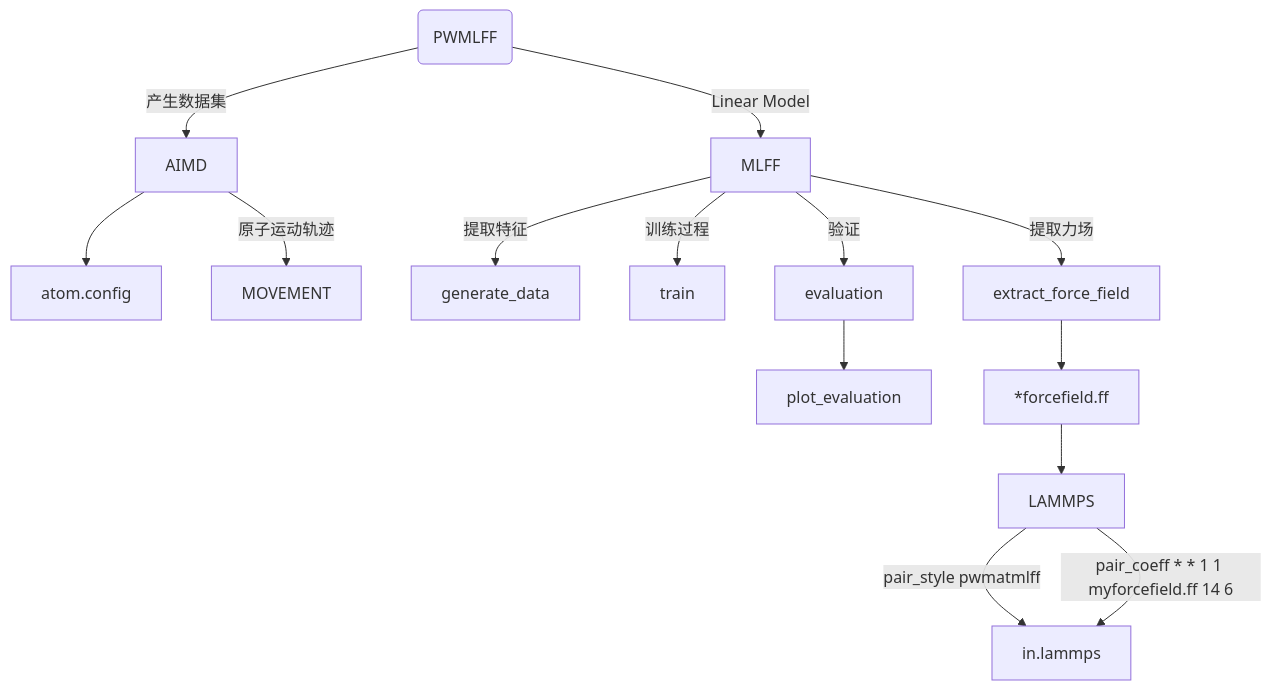
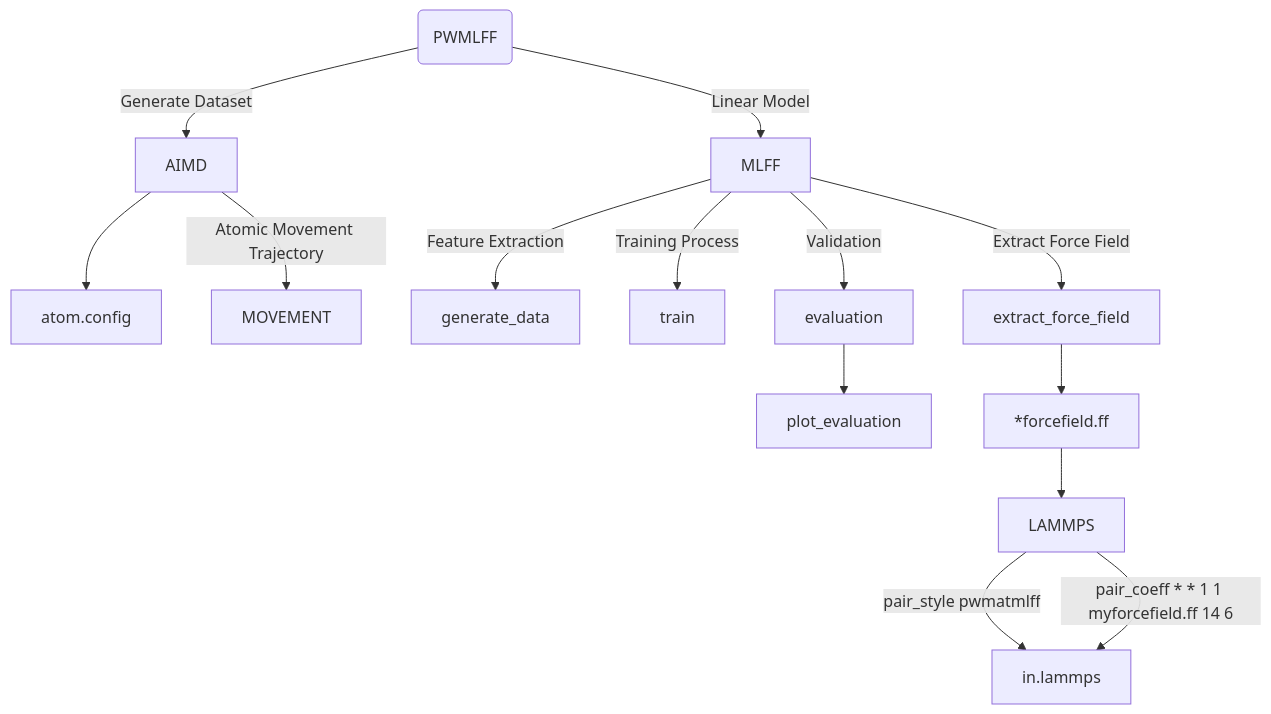
One commit to LonxunQuantum/PWmat-docs changed the diagram in i18n/en/docusaurus-plugin-content-docs/version-2024.05/PWMLFF/models/linear/examples/Linear_SiC.md. Above: the diagram before and after it, drawn with Mermaid. The commit also changed other lines of this file and 39 other files, not shown here.

````diff
--- a/i18n/en/docusaurus-plugin-content-docs/version-2024.05/PWMLFF/models/linear/examples/Linear_SiC.md
+++ b/i18n/en/docusaurus-plugin-content-docs/version-2024.05/PWMLFF/models/linear/examples/Linear_SiC.md
@@ -7,16 +7,16 @@
 ```mermaid
 graph TD;
-    A(PWMLFF)-->|产生数据集|AIMD;
+    A(PWMLFF)-->|Generate Dataset|AIMD;
     A(PWMLFF)-->|Linear Model|MLFF;
     AIMD-->atom.config;
-    AIMD-->|原子运动轨迹|MOVEMENT;
-    MLFF-->|提取特征|generate_data;
-    MLFF-->|训练过程|train;
-    MLFF-->|验证|evaluation;
-    MLFF-->|提取力场|extract_force_field;
+    AIMD-->|Atomic Movement Trajectory|MOVEMENT;
+    MLFF-->|Feature Extraction|generate_data;
+    MLFF-->|Training Process|train;
+    MLFF-->|Validation|evaluation;
+    MLFF-->|Extract Force Field|extract_force_field;
     evaluation-->plot_evaluation;
     extract_force_field-->*forcefield.ff;
     *forcefield.ff-->LAMMPS;
     LAMMPS-->|pair_style pwmatmlff|in.lammps;
     LAMMPS-->|pair_coeff * * 1 1 myforcefield.ff 14 6|in.lammps;
 ```
````
